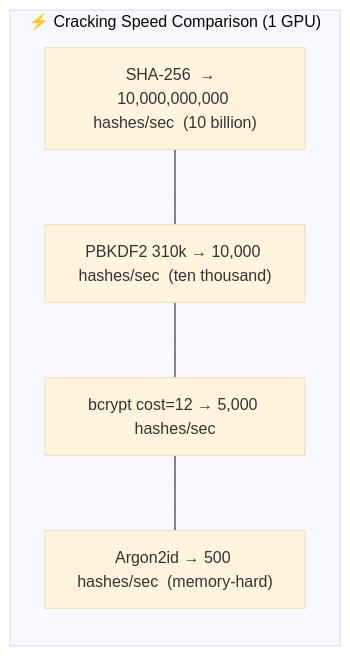
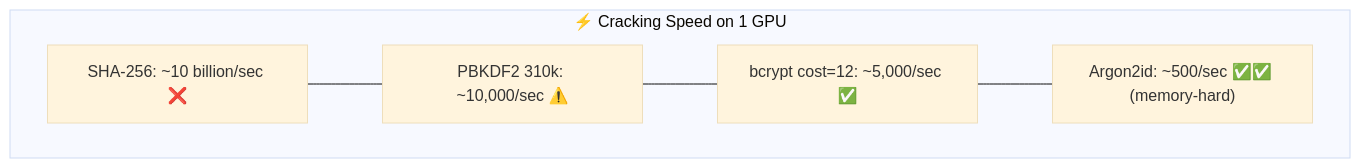
One commit to csoares/SecurityJava changed the second of 4 diagrams in src/main/java/security/passwords/README.md. Above: the diagram before and after it, drawn with Mermaid (base theme). The commit also changed other lines of this file and 23 other files, not shown here.

Commit message:
Refine README diagrams and descriptions for clarity and accuracy

````diff
--- a/src/main/java/security/passwords/README.md
+++ b/src/main/java/security/passwords/README.md
@@ -42,10 +42,10 @@
 ```mermaid
-flowchart LR
-    subgraph Rates ["⚡ Cracking Speed Comparison (1 GPU)"]
-        R1["SHA-256  →  10,000,000,000 hashes/sec  (10 billion)"]
-        R2["PBKDF2 310k → 10,000 hashes/sec  (ten thousand)"]
-        R3["bcrypt cost=12 → 5,000 hashes/sec"]
-        R4["Argon2id → 500 hashes/sec  (memory-hard)"]
+flowchart TD
+    subgraph Rates ["⚡ Cracking Speed on 1 GPU"]
+        R1["SHA-256: ~10 billion/sec ❌"]
+        R2["PBKDF2 310k: ~10,000/sec ⚠️"]
+        R3["bcrypt cost=12: ~5,000/sec ✅"]
+        R4["Argon2id: ~500/sec ✅✅ (memory-hard)"]
         R1 --- R2 --- R3 --- R4
     end
 ```
````
